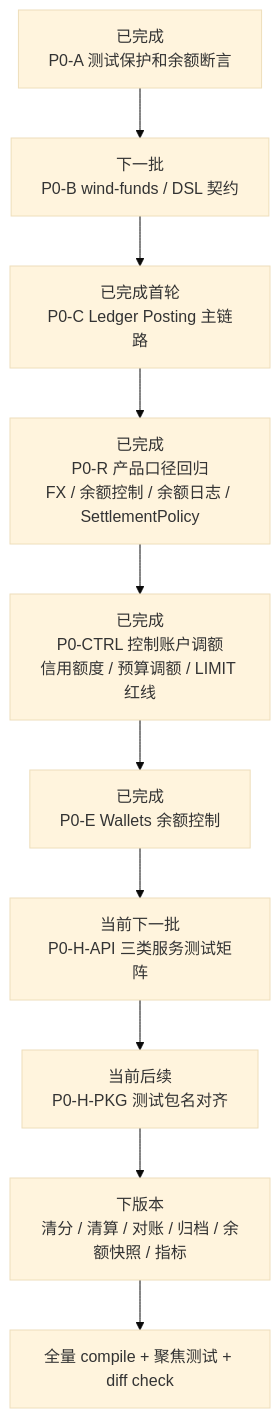
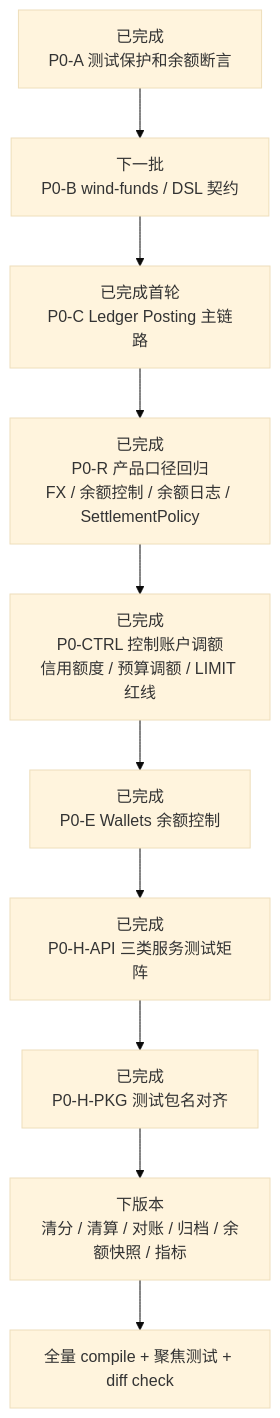
The diagram in docs/v5/系分设计/P0 编码任务拆分.md (fengwuxp/wind-funds), drawn with Mermaid (base theme) before and after one commit. The commit also changed other lines of this file and 2 other files, not shown here.

````diff
--- a/docs/v5/系分设计/P0 编码任务拆分.md
+++ b/docs/v5/系分设计/P0 编码任务拆分.md
@@ -307,12 +307,12 @@
 ```mermaid
 flowchart TD
     A["已完成\nP0-A 测试保护和余额断言"] --> B["下一批\nP0-B wind-funds / DSL 契约"]
     B --> C["已完成首轮\nP0-C Ledger Posting 主链路"]
     C --> R["已完成\nP0-R 产品口径回归\nFX / 余额控制 / 余额日志 / SettlementPolicy"]
     R --> CTRL["已完成\nP0-CTRL 控制账户调额\n信用额度 / 预算调额 / LIMIT 红线"]
     CTRL --> D["已完成\nP0-E Wallets 余额控制"]
-    D --> H["当前下一批\nP0-H-API 三类服务测试矩阵"]
-    H --> P["当前后续\nP0-H-PKG 测试包名对齐"]
+    D --> H["已完成\nP0-H-API 三类服务测试矩阵"]
+    H --> P["已完成\nP0-H-PKG 测试包名对齐"]
     P --> E["下版本\n清分 / 清算 / 对账 / 归档 / 余额快照 / 指标"]
     E --> G["全量 compile + 聚焦测试 + diff check"]
 ```
````
